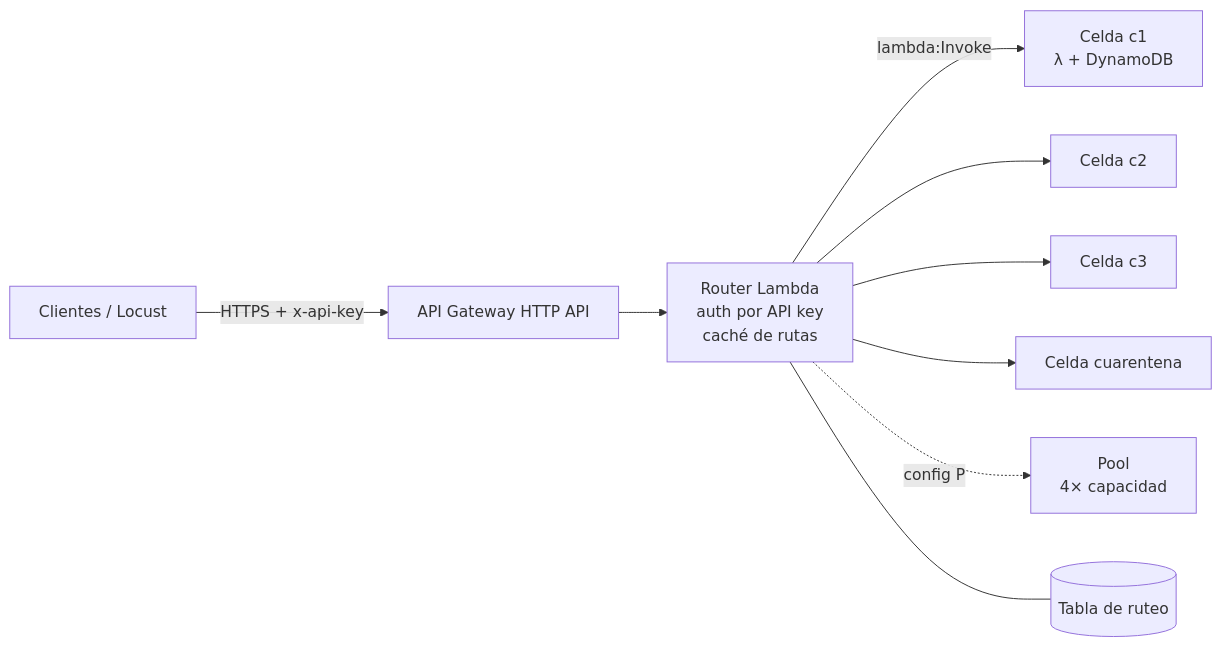
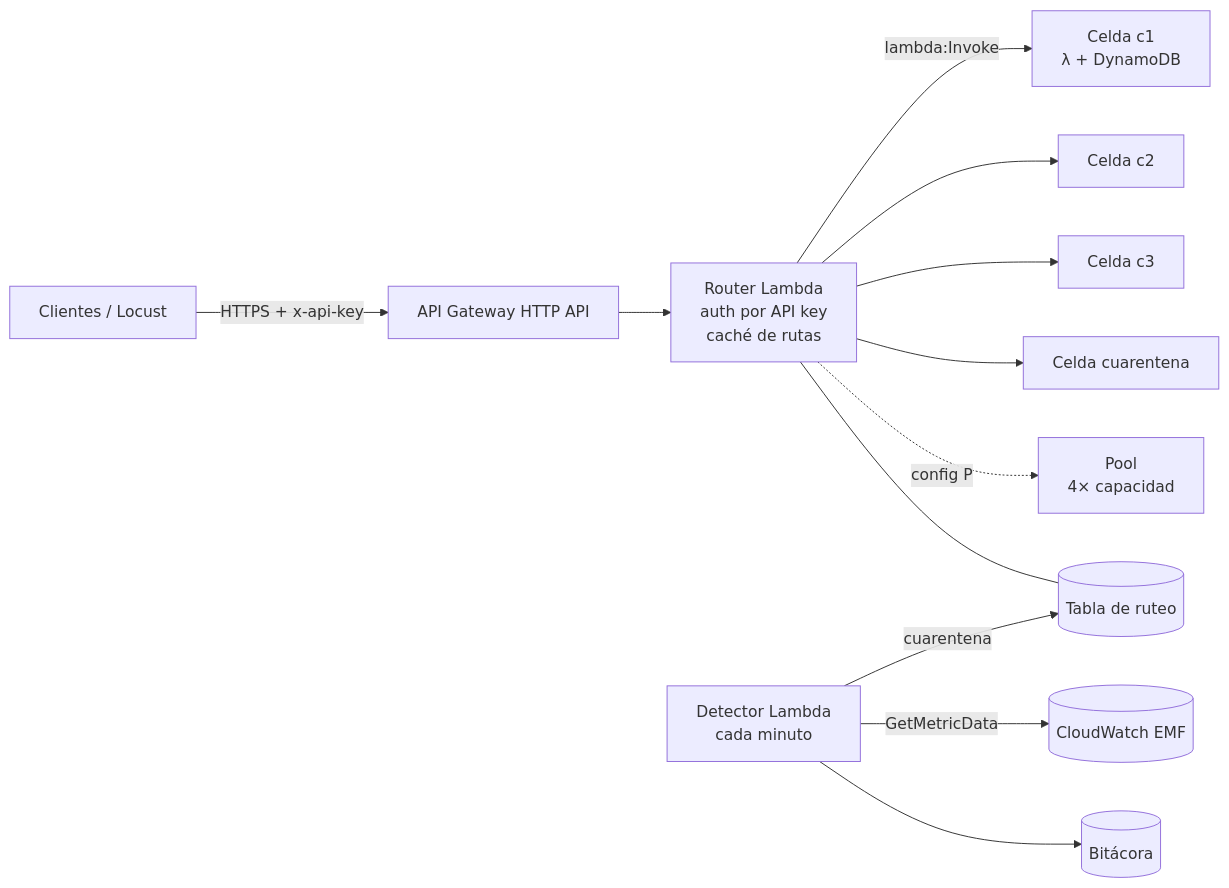
The diagram in README.md (bricenojuliana/AYGO-Cell-Based-Isolation), drawn with Mermaid before and after one commit. The commit also changed other lines of this file and 15 other files, not shown here.

First line of the commit message:
Control plane: per-tenant metrics, z-score detector, isolation policy, audit log

````diff
--- a/README.md
+++ b/README.md
@@ -9,11 +9,14 @@
 ```mermaid
 flowchart LR
   client[Clientes / Locust] -->|HTTPS + x-api-key| api[API Gateway HTTP API]
   api --> router[Router Lambda<br/>auth por API key<br/>caché de rutas]
   router -->|lambda:Invoke| c1[Celda c1<br/>λ + DynamoDB]
   router --> c2[Celda c2]
   router --> c3[Celda c3]
   router --> q[Celda cuarentena]
   router -. config P .-> pool[Pool<br/>4× capacidad]
   router --- rt[(Tabla de ruteo)]
+  det[Detector Lambda<br/>cada minuto] -->|GetMetricData| cw[(CloudWatch EMF)]
+  det -->|cuarentena| rt
+  det --> audit[(Bitácora)]
 ```
````
